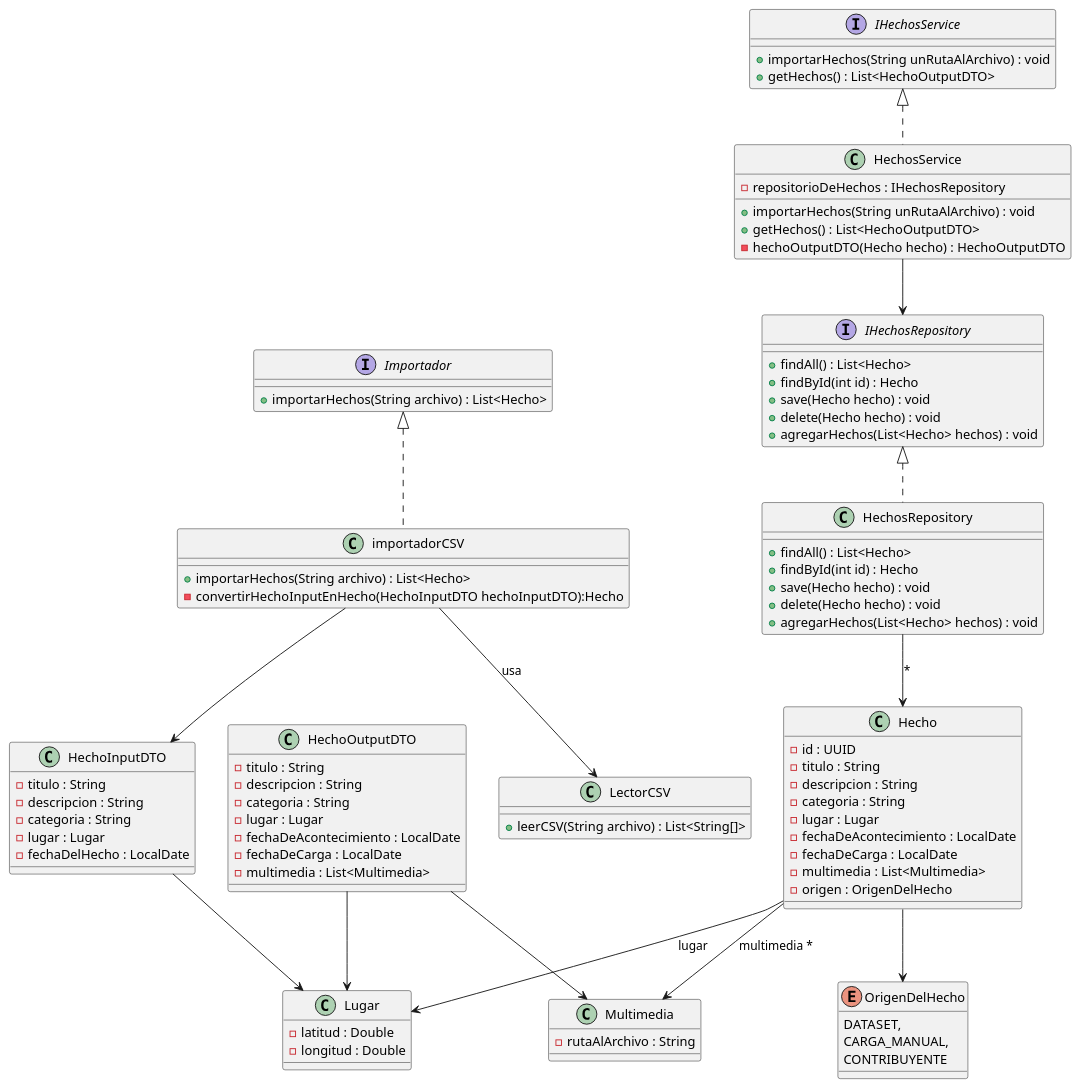
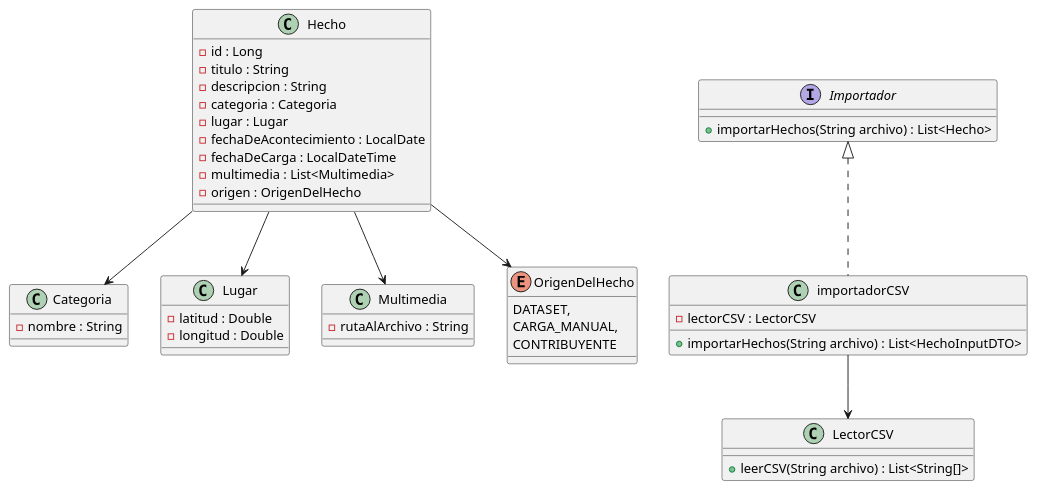
The diagram in FuenteEstatica/src/main/diagramaDeClases/ddcFuenteEstatica.puml (vclevy/MetaMapa), drawn with PlantUML before and after one commit. The commit also changed 8 other files, not shown here.

```diff
--- a/FuenteEstatica/src/main/diagramaDeClases/ddcFuenteEstatica.puml
+++ b/FuenteEstatica/src/main/diagramaDeClases/ddcFuenteEstatica.puml
@@ -1,102 +1,57 @@
 @startuml
-
-class HechoInputDTO {
+class Hecho {
+    - id : Long
     - titulo : String
     - descripcion : String
-    - categoria : String
+    - categoria : Categoria
     - lugar : Lugar
-    - fechaDelHecho : LocalDate
+    - fechaDeAcontecimiento : LocalDate
+    - fechaDeCarga : LocalDateTime
+    - multimedia : List<Multimedia>
+    - origen : OrigenDelHecho
 }
 
-class HechoOutputDTO {
-    - titulo : String
-    - descripcion : String
-    - categoria : String
-    - lugar : Lugar
-    - fechaDeAcontecimiento : LocalDate
-    - fechaDeCarga : LocalDate
-    - multimedia : List<Multimedia>
-}
-
-class Hecho {
-    - id : UUID
-    - titulo : String
-    - descripcion : String
-    - categoria : String
-    - lugar : Lugar
-    - fechaDeAcontecimiento : LocalDate
-    - fechaDeCarga : LocalDate
-    - multimedia : List<Multimedia>
-    - origen : OrigenDelHecho
+class Categoria {
+    - nombre : String
 }
 
 class Lugar {
     - latitud : Double
     - longitud : Double
 }
 
 class Multimedia {
     - rutaAlArchivo : String
 }
 
 enum OrigenDelHecho {
     DATASET,
     CARGA_MANUAL,
     CONTRIBUYENTE
 }
 
-interface Importador{
-    +importarHechos(String archivo) : List<Hecho>
+interface Importador {
+    + importarHechos(String archivo) : List<Hecho>
 }
 
 class LectorCSV{
     + leerCSV(String archivo) : List<String[]>
 }
 
 class importadorCSV implements Importador{
-    + importarHechos(String archivo) : List<Hecho>
-    - convertirHechoInputEnHecho(HechoInputDTO hechoInputDTO):Hecho
+    - lectorCSV : LectorCSV
+
+    + importarHechos(String archivo) : List<HechoInputDTO>
 }
 
-class HechosService implements IHechosService{
-    + importarHechos(String unRutaAlArchivo) : void
-    + getHechos() : List<HechoOutputDTO>
-    - hechoOutputDTO(Hecho hecho) : HechoOutputDTO
-    - repositorioDeHechos : IHechosRepository
-}
 
-interface IHechosService{
-    + importarHechos(String unRutaAlArchivo) : void
-    + getHechos() : List<HechoOutputDTO>
-}
 
-interface IHechosRepository {
-    + findAll() : List<Hecho>
-    + findById(int id) : Hecho
-    + save(Hecho hecho) : void
-    + delete(Hecho hecho) : void
-    + agregarHechos(List<Hecho> hechos) : void
-}
-
-class HechosRepository implements IHechosRepository {
-     + findAll() : List<Hecho>
-     + findById(int id) : Hecho
-     + save(Hecho hecho) : void
-     + delete(Hecho hecho) : void
-     + agregarHechos(List<Hecho> hechos) : void
-}
-
-HechoInputDTO --> Lugar
-HechoOutputDTO --> Lugar
-HechoOutputDTO --> Multimedia
-Hecho --> Lugar : lugar
-Hecho --> Multimedia : multimedia *
+Hecho --> Lugar
+Hecho --> Multimedia
 Hecho --> OrigenDelHecho
-HechosService --> IHechosRepository
-HechosRepository --> Hecho : *
-importadorCSV --> LectorCSV : usa
-importadorCSV --> HechoInputDTO
+Hecho --> Categoria
+importadorCSV --> LectorCSV
 
 
 
 @enduml
```
